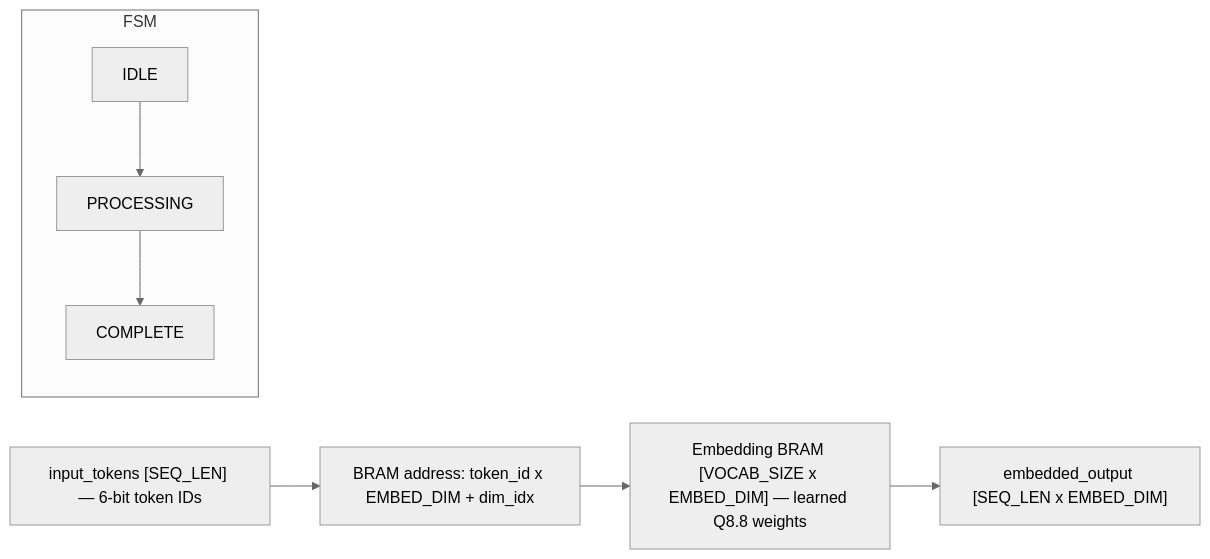
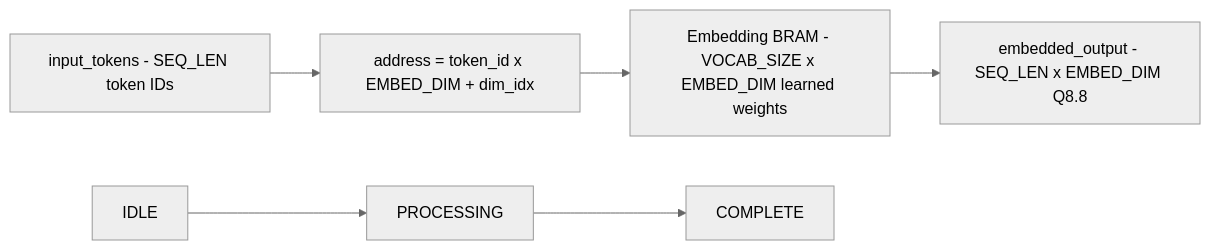
Before and after one commit to Fluxx7/FPGA-Transformer-Acceleration: the second of 7 diagrams in report/05b_hardware_validation.md, drawn with Mermaid (neutral theme). The commit also changed other lines of this file, not shown here.

First line of the commit message:
Simplify Mermaid diagrams for VS Code preview compatibility

````diff
--- a/report/05b_hardware_validation.md
+++ b/report/05b_hardware_validation.md
@@ -79,13 +82,11 @@
 ```mermaid
 graph LR
-    IN["input_tokens [SEQ_LEN] — 6-bit token IDs"]
-    ADDR["BRAM address: token_id x EMBED_DIM + dim_idx"]
-    EMB["Embedding BRAM [VOCAB_SIZE x EMBED_DIM] — learned Q8.8 weights"]
-    OUT["embedded_output [SEQ_LEN x EMBED_DIM]"]
+    IN["input_tokens - SEQ_LEN token IDs"]
+    ADDR["address = token_id x EMBED_DIM + dim_idx"]
+    EMB["Embedding BRAM - VOCAB_SIZE x EMBED_DIM learned weights"]
+    OUT["embedded_output - SEQ_LEN x EMBED_DIM Q8.8"]
 
-    subgraph FSM["FSM"]
-        f0[IDLE] --> f1[PROCESSING] --> f2[COMPLETE]
-    end
+    s0[IDLE] --> s1[PROCESSING] --> s2[COMPLETE]
 
     IN --> ADDR --> EMB --> OUT
 ```
````
